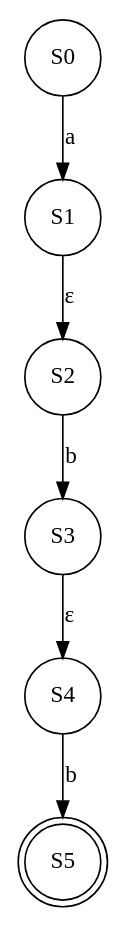
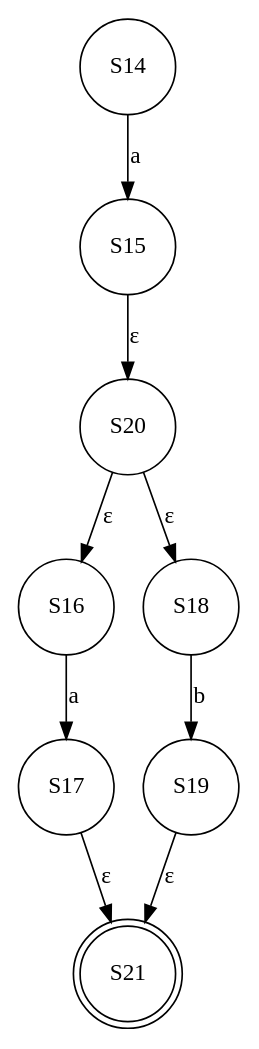
One commit to ZiadSheriif/AutoMajestic changed the diagram in output/nfa/nfa.gv. Above: the diagram before and after it, drawn with Graphviz. The commit also changed 14 other files, not shown here.

```diff
--- a/output/nfa/nfa.gv
+++ b/output/nfa/nfa.gv
@@ -1,13 +1,18 @@
 digraph {
-	S0 [shape=circle]
-	S0 -> S1 [label=a]
-	S1 [shape=circle]
-	S1 -> S2 [label="ε"]
-	S2 [shape=circle]
-	S2 -> S3 [label=b]
-	S3 [shape=circle]
-	S3 -> S4 [label="ε"]
-	S4 [shape=circle]
-	S4 -> S5 [label=b]
-	S5 [shape=doublecircle]
+	S14 [shape=circle]
+	S14 -> S15 [label=a]
+	S15 [shape=circle]
+	S15 -> S20 [label="ε"]
+	S16 [shape=circle]
+	S16 -> S17 [label=a]
+	S17 [shape=circle]
+	S17 -> S21 [label="ε"]
+	S18 [shape=circle]
+	S18 -> S19 [label=b]
+	S19 [shape=circle]
+	S19 -> S21 [label="ε"]
+	S20 [shape=circle]
+	S20 -> S16 [label="ε"]
+	S20 -> S18 [label="ε"]
+	S21 [shape=doublecircle]
 }
```
